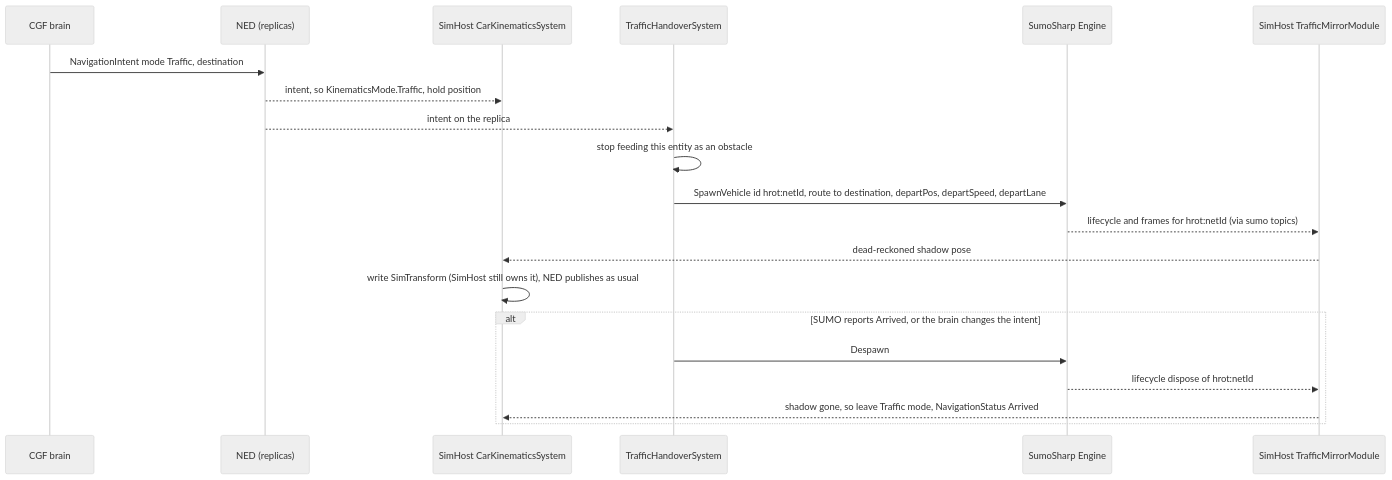
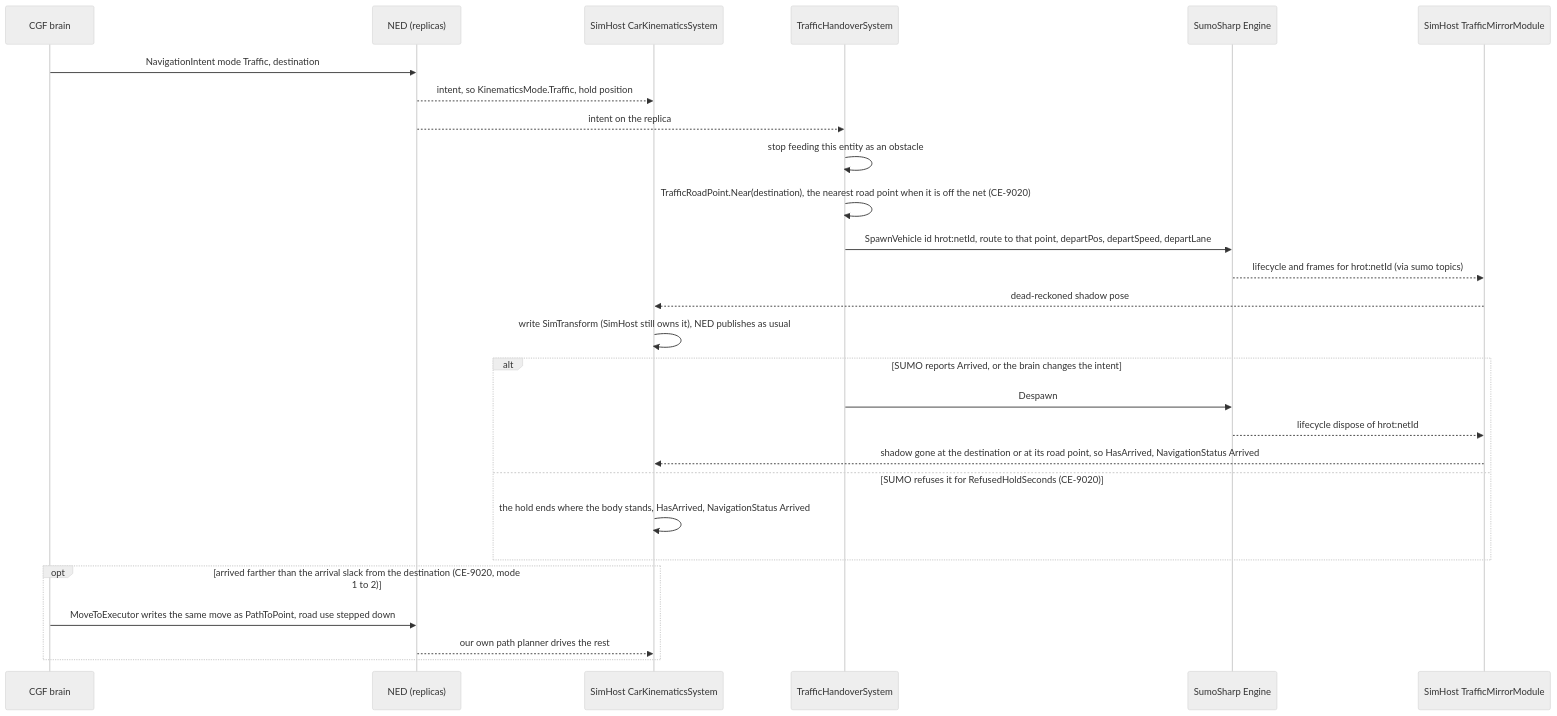
One commit to pjanec/HROT changed the fifth of 27 diagrams in docs/blueprints/Architect_Question_93_Sumo_Traffic_Node.md. Above: the diagram before and after it, drawn with Mermaid (neutral theme). The commit also changed other lines of this file and 9 other files, not shown here.

First line of the commit message:
traffic: an off-net destination is driven to the nearest road point, then on our own route (CE-9020, mode 1 -> 2)

````diff
--- a/docs/blueprints/Architect_Question_93_Sumo_Traffic_Node.md
+++ b/docs/blueprints/Architect_Question_93_Sumo_Traffic_Node.md
@@ -333,22 +333,29 @@
 ```mermaid
 sequenceDiagram
   participant B as CGF brain
   participant N as NED (replicas)
   participant S as SimHost CarKinematicsSystem
   participant T as TrafficHandoverSystem
   participant E as SumoSharp Engine
   participant M as SimHost TrafficMirrorModule
   B->>N: NavigationIntent mode Traffic, destination
   N-->>S: intent, so KinematicsMode.Traffic, hold position
   N-->>T: intent on the replica
   T->>T: stop feeding this entity as an obstacle
-  T->>E: SpawnVehicle id hrot:netId, route to destination, departPos, departSpeed, departLane
+  T->>T: TrafficRoadPoint.Near(destination), the nearest road point when it is off the net (CE-9020)
+  T->>E: SpawnVehicle id hrot:netId, route to that point, departPos, departSpeed, departLane
   E-->>M: lifecycle and frames for hrot:netId (via sumo topics)
   M-->>S: dead-reckoned shadow pose
   S->>S: write SimTransform (SimHost still owns it), NED publishes as usual
   alt SUMO reports Arrived, or the brain changes the intent
     T->>E: Despawn
     E-->>M: lifecycle dispose of hrot:netId
-    M-->>S: shadow gone, so leave Traffic mode, NavigationStatus Arrived
+    M-->>S: shadow gone at the destination or at its road point, so HasArrived, NavigationStatus Arrived
+  else SUMO refuses it for RefusedHoldSeconds (CE-9020)
+    S->>S: the hold ends where the body stands, HasArrived, NavigationStatus Arrived
+  end
+  opt arrived farther than the arrival slack from the destination (CE-9020, mode 1 to 2)
+    B->>N: MoveToExecutor writes the same move as PathToPoint, road use stepped down
+    N-->>S: our own path planner drives the rest
   end
 ```
````
